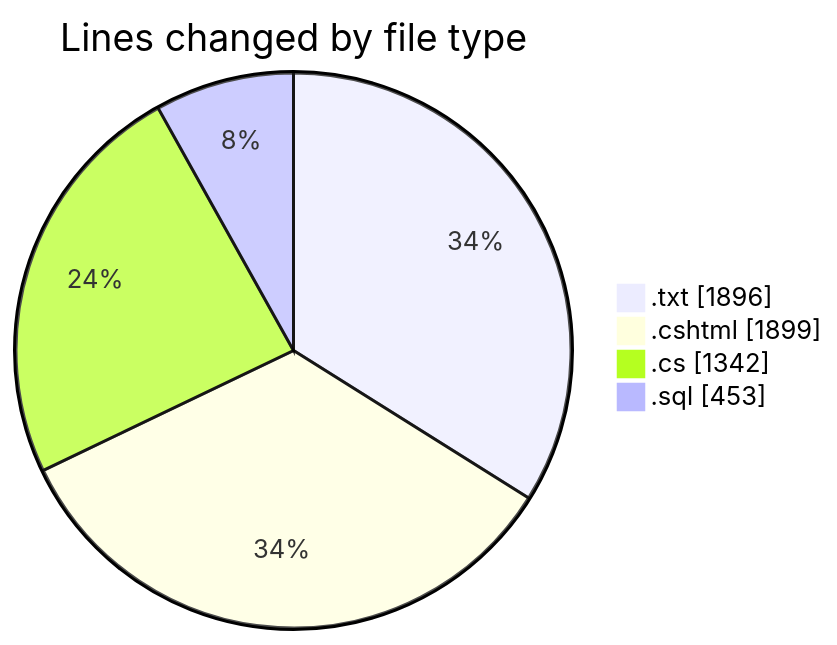
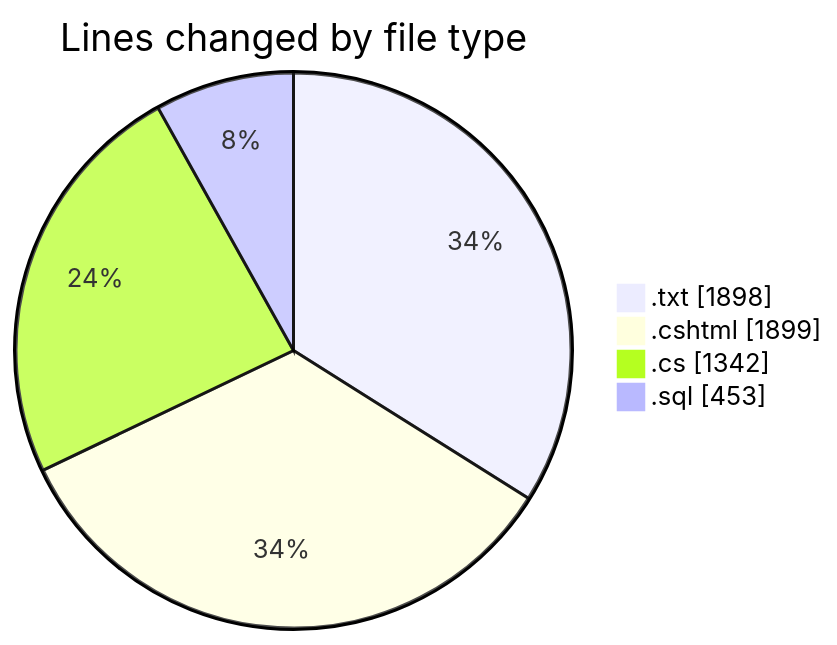
Before and after one commit to lephambinh05/code-tracking: the first of 2 diagrams in 2025-07-25/quanlyrapchieuphim-1/README.md, drawn with Mermaid. The commit also changed other lines of this file and 1 other file, not shown here.

````diff
--- a/2025-07-25/quanlyrapchieuphim-1/README.md
+++ b/2025-07-25/quanlyrapchieuphim-1/README.md
@@ -25,8 +25,8 @@
 ```mermaid
 pie showData
 title Lines changed by file type
-".txt" : 1896
+".txt" : 1898
 ".cshtml" : 1899
 ".cs" : 1342
 ".sql" : 453
 ```
````
